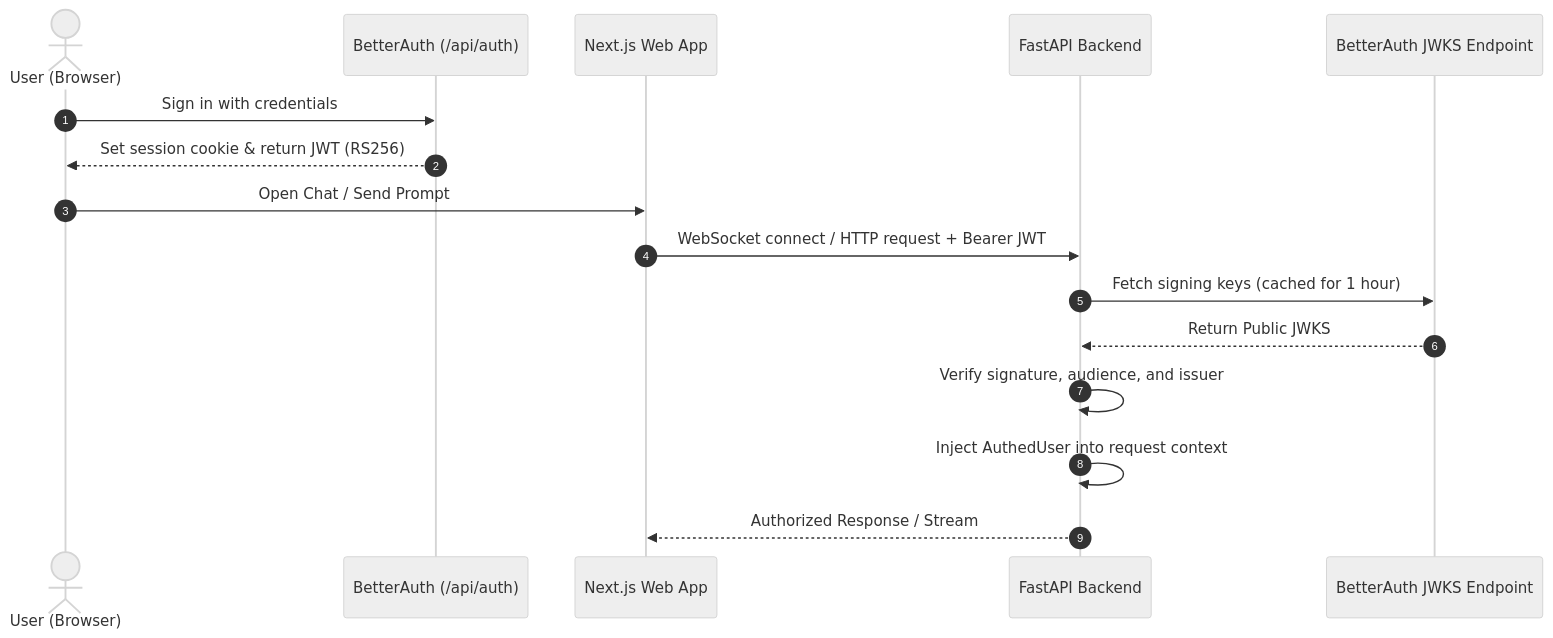
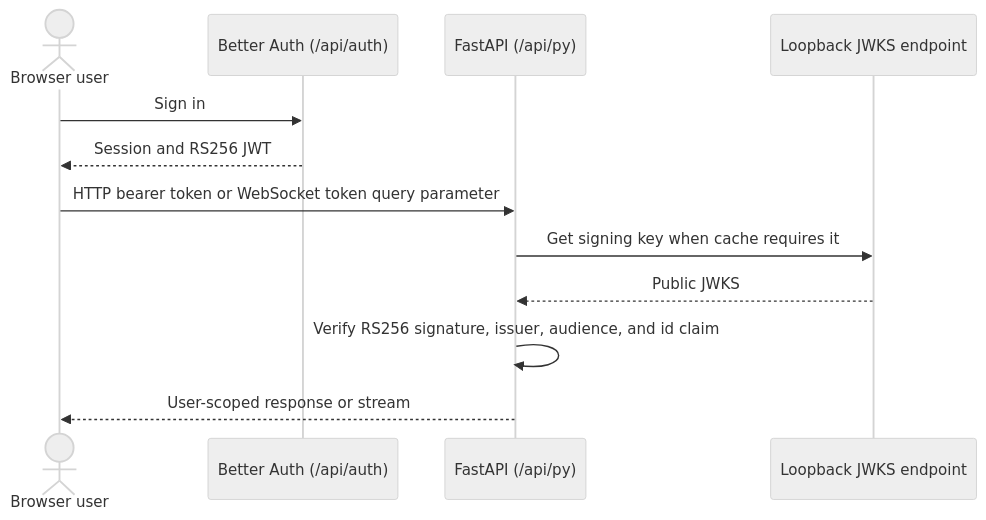
Before and after one commit to dbracewell/Asterism: the diagram in architecture/auth-and-security.md, drawn with Mermaid (neutral theme). The commit also changed other lines of this file and 10 other files, not shown here.

````diff
--- a/architecture/auth-and-security.md
+++ b/architecture/auth-and-security.md
@@ -9,21 +9,15 @@
 ```mermaid
 sequenceDiagram
-    autonumber
-    actor User as User (Browser)
-    participant FrontAuth as BetterAuth (/api/auth)
-    participant FrontUI as Next.js Web App
-    participant FastAPI as FastAPI Backend
-    participant JWKS as BetterAuth JWKS Endpoint
+    actor User as Browser user
+    participant Auth as Better Auth (/api/auth)
+    participant API as FastAPI (/api/py)
+    participant JWKS as Loopback JWKS endpoint
 
-    User->>FrontAuth: Sign in with credentials
-    FrontAuth-->>User: Set session cookie & return JWT (RS256)
-
-    User->>FrontUI: Open Chat / Send Prompt
-    FrontUI->>FastAPI: WebSocket connect / HTTP request + Bearer JWT
-
-    FastAPI->>JWKS: Fetch signing keys (cached for 1 hour)
-    JWKS-->>FastAPI: Return Public JWKS
-    FastAPI->>FastAPI: Verify signature, audience, and issuer
-    FastAPI->>FastAPI: Inject AuthedUser into request context
-    FastAPI-->>FrontUI: Authorized Response / Stream
+    User->>Auth: Sign in
+    Auth-->>User: Session and RS256 JWT
+    User->>API: HTTP bearer token or WebSocket token query parameter
+    API->>JWKS: Get signing key when cache requires it
+    JWKS-->>API: Public JWKS
+    API->>API: Verify RS256 signature, issuer, audience, and id claim
+    API-->>User: User-scoped response or stream
 ```
````
